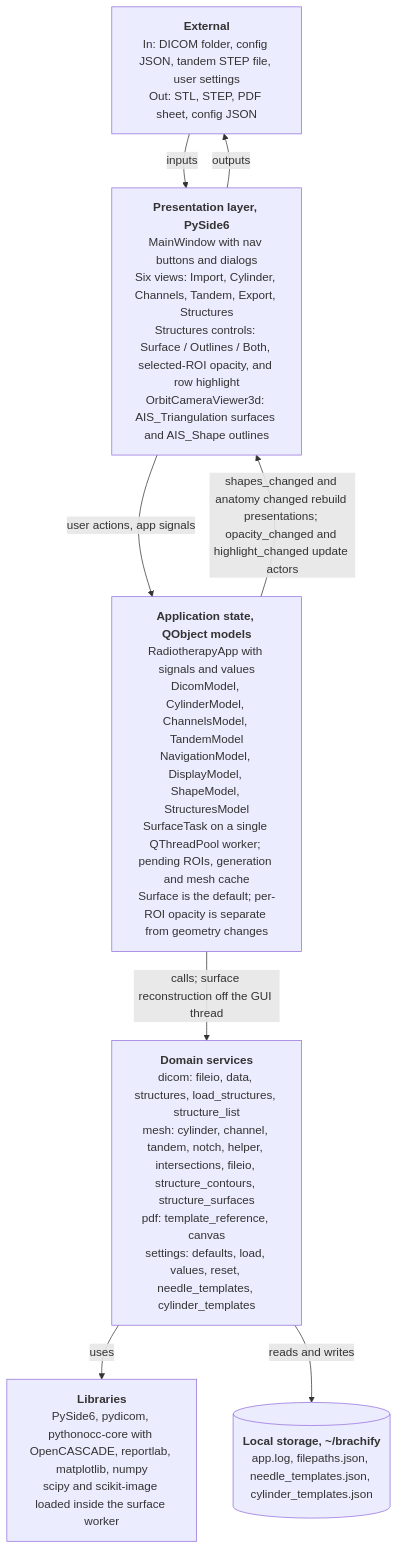
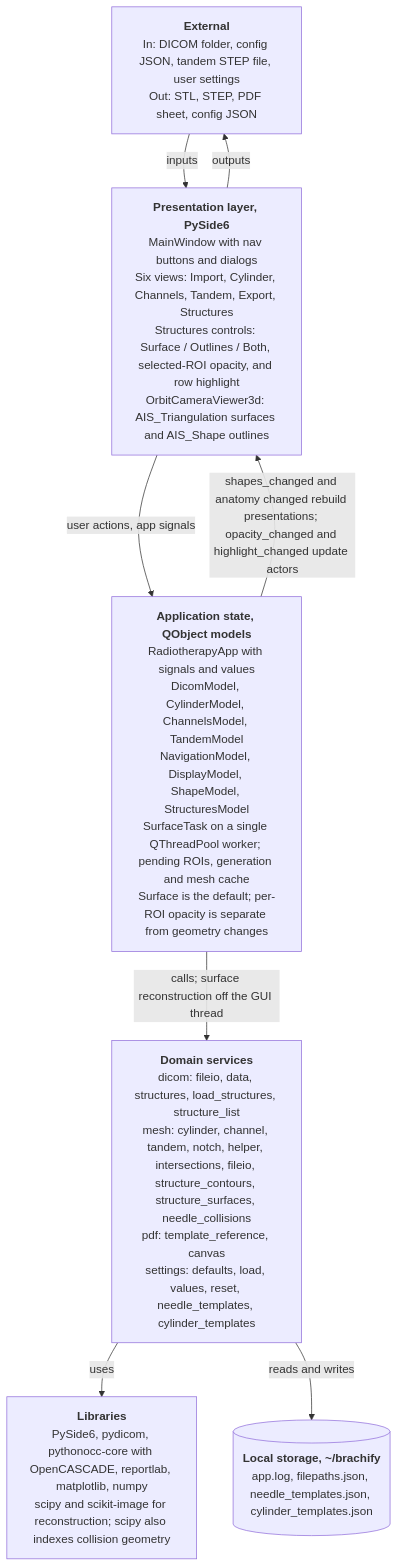
The diagram in docs/architecture/diagrams/system-architecture.mmd (COSC-499-W2026/capstone-project-team-10), drawn with Mermaid before and after one commit. The commit also changed 4 other files, not shown here.

Commit message:
feat: detect needle contact with organ surfaces

```diff
--- a/docs/architecture/diagrams/system-architecture.mmd
+++ b/docs/architecture/diagrams/system-architecture.mmd
@@ -1,17 +1,17 @@
 %% title: System architecture
 %% alt: System architecture of brachify, a layered desktop application with a presentation layer, application state, domain services, third party libraries and local storage
 flowchart TB
   ext["<b>External</b><br/>In: DICOM folder, config JSON, tandem STEP file, user settings<br/>Out: STL, STEP, PDF sheet, config JSON"]
   pres["<b>Presentation layer, PySide6</b><br/>MainWindow with nav buttons and dialogs<br/>Six views: Import, Cylinder, Channels, Tandem, Export, Structures<br/>Structures controls: Surface / Outlines / Both, selected-ROI opacity, and row highlight<br/>OrbitCameraViewer3d: AIS_Triangulation surfaces and AIS_Shape outlines"]
   state["<b>Application state, QObject models</b><br/>RadiotherapyApp with signals and values<br/>DicomModel, CylinderModel, ChannelsModel, TandemModel<br/>NavigationModel, DisplayModel, ShapeModel, StructuresModel<br/>SurfaceTask on a single QThreadPool worker; pending ROIs, generation and mesh cache<br/>Surface is the default; per-ROI opacity is separate from geometry changes"]
-  domain["<b>Domain services</b><br/>dicom: fileio, data, structures, load_structures, structure_list<br/>mesh: cylinder, channel, tandem, notch, helper, intersections, fileio, structure_contours, structure_surfaces<br/>pdf: template_reference, canvas<br/>settings: defaults, load, values, reset, needle_templates, cylinder_templates"]
-  lib["<b>Libraries</b><br/>PySide6, pydicom, pythonocc-core with OpenCASCADE, reportlab, matplotlib, numpy<br/>scipy and scikit-image loaded inside the surface worker"]
+  domain["<b>Domain services</b><br/>dicom: fileio, data, structures, load_structures, structure_list<br/>mesh: cylinder, channel, tandem, notch, helper, intersections, fileio, structure_contours, structure_surfaces, needle_collisions<br/>pdf: template_reference, canvas<br/>settings: defaults, load, values, reset, needle_templates, cylinder_templates"]
+  lib["<b>Libraries</b><br/>PySide6, pydicom, pythonocc-core with OpenCASCADE, reportlab, matplotlib, numpy<br/>scipy and scikit-image for reconstruction; scipy also indexes collision geometry"]
   disk[("<b>Local storage, ~/brachify</b><br/>app.log, filepaths.json, needle_templates.json, cylinder_templates.json")]
 
   ext -->|"inputs"| pres
   pres -->|"outputs"| ext
   pres -->|"user actions, app signals"| state
   state -->|"shapes_changed and anatomy changed rebuild presentations; opacity_changed and highlight_changed update actors"| pres
   state -->|"calls; surface reconstruction off the GUI thread"| domain
   domain -->|"uses"| lib
   domain -->|"reads and writes"| disk
```
